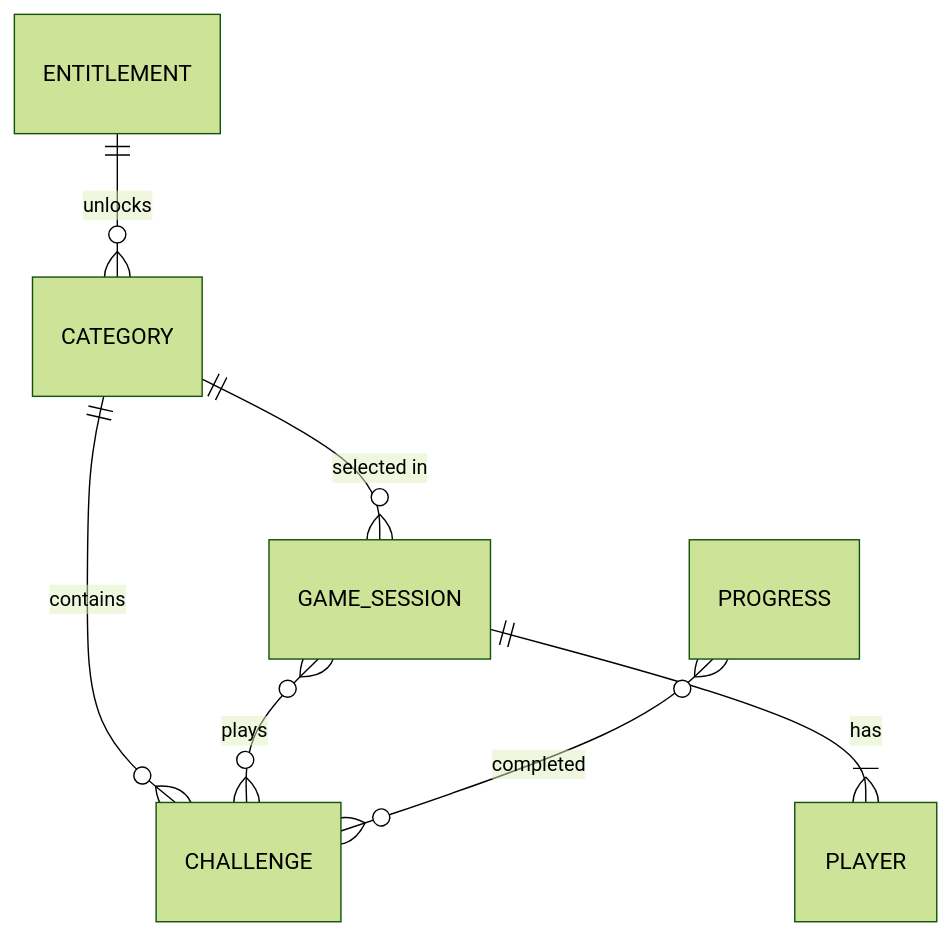
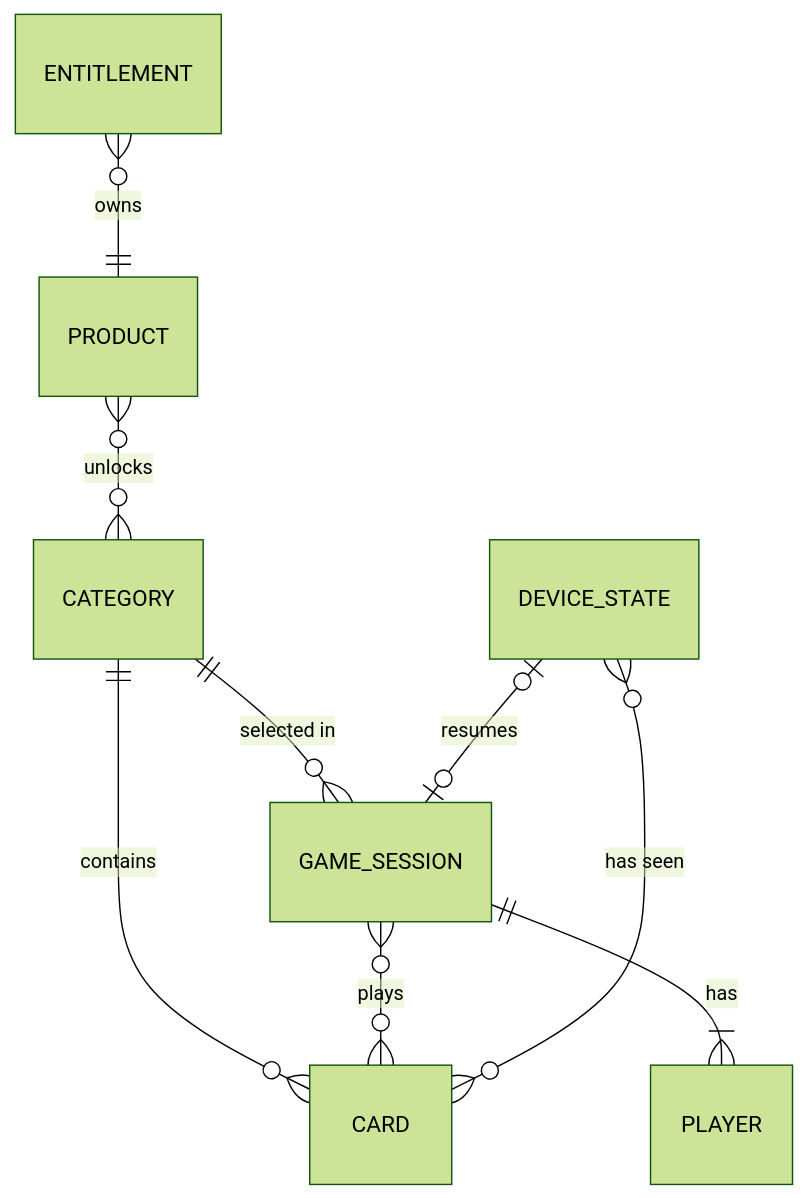
Before and after one commit to JSebastianOspina/prendidos: the diagram in docs/data-model.md, drawn with Mermaid (forest theme). The commit also changed other lines of this file and 6 other files, not shown here.

````diff
--- a/docs/data-model.md
+++ b/docs/data-model.md
@@ -112,9 +216,11 @@
 ```mermaid
 erDiagram
-  CATEGORY ||--o{ CHALLENGE : contains
+  CATEGORY ||--o{ CARD : contains
   CATEGORY ||--o{ GAME_SESSION : "selected in"
   GAME_SESSION ||--|{ PLAYER : has
-  GAME_SESSION }o--o{ CHALLENGE : plays
-  PROGRESS }o--o{ CHALLENGE : completed
-  ENTITLEMENT ||--o{ CATEGORY : unlocks
+  GAME_SESSION }o--o{ CARD : plays
+  DEVICE_STATE |o--o| GAME_SESSION : "resumes"
+  DEVICE_STATE }o--o{ CARD : "has seen"
+  PRODUCT }o--o{ CATEGORY : unlocks
+  ENTITLEMENT }o--|| PRODUCT : "owns"
 ```
````
